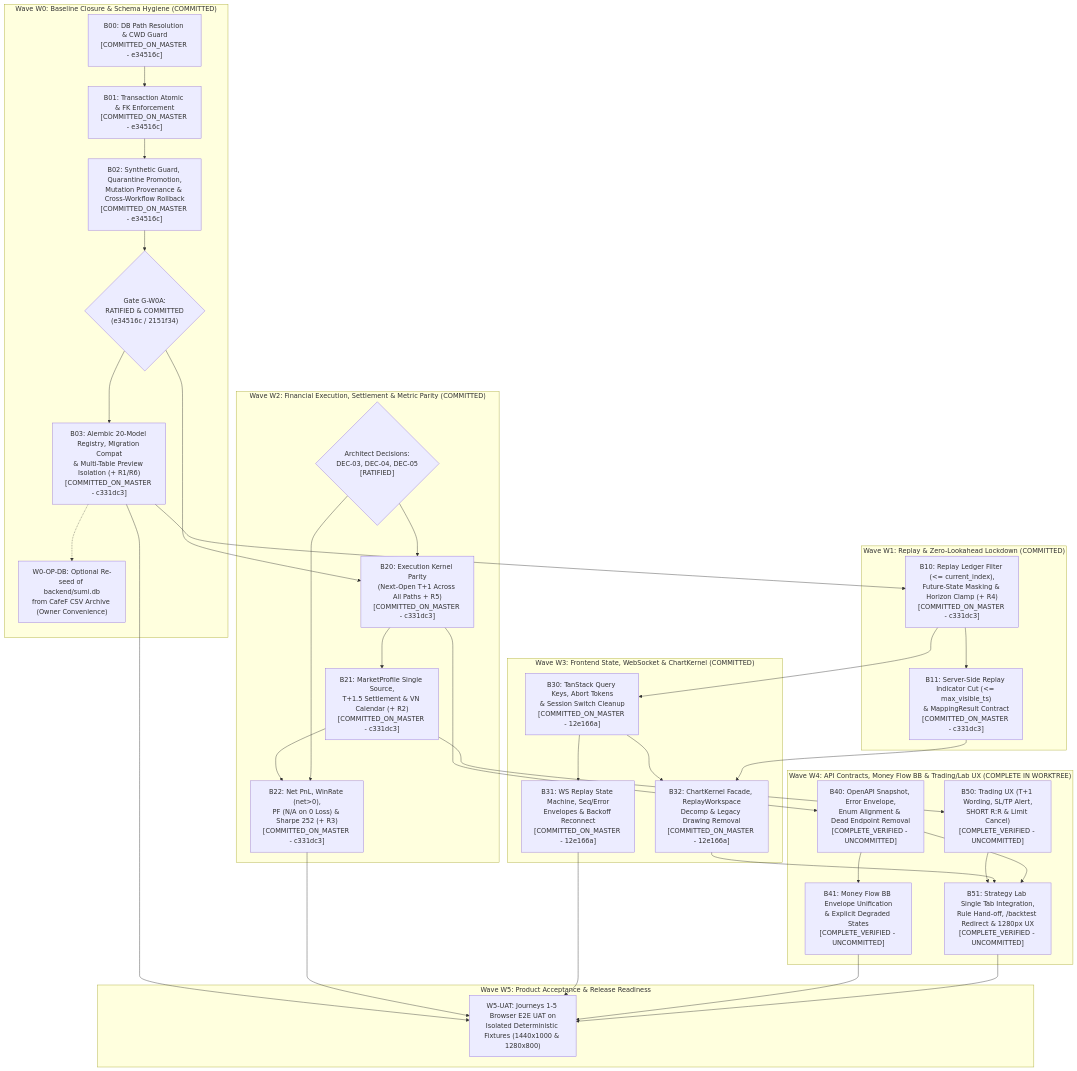
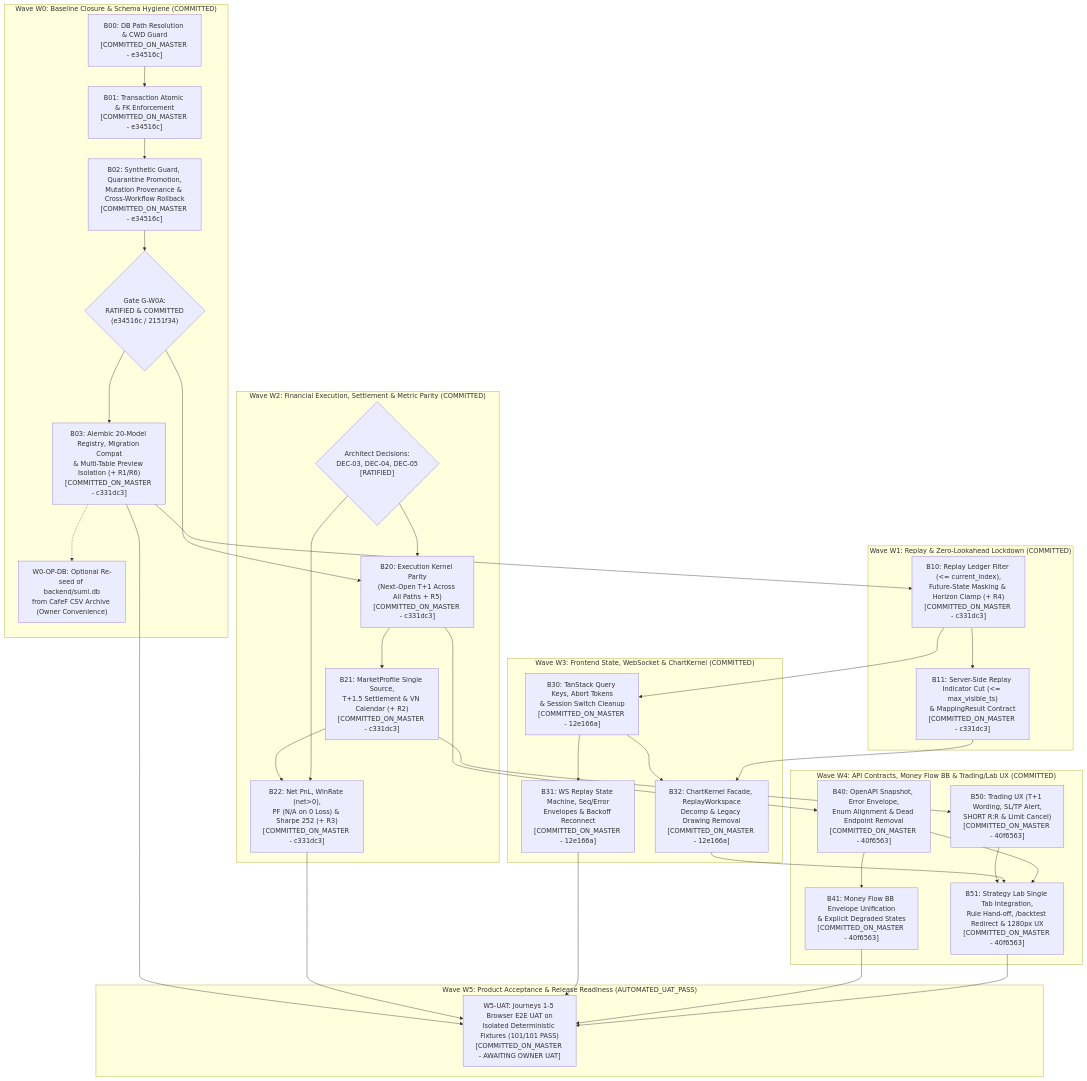
The diagram in docs/plans/product-completion/SUMI_V3_BATCH_DEPENDENCY_AND_STATUS_PROPOSED.md (lasfong/sumi), drawn with Mermaid before and after one commit. The commit also changed other lines of this file and 13 other files, not shown here.

Commit message:
fix(v3): complete W5 product UAT remediation and governance records

````diff
--- a/docs/plans/product-completion/SUMI_V3_BATCH_DEPENDENCY_AND_STATUS_PROPOSED.md
+++ b/docs/plans/product-completion/SUMI_V3_BATCH_DEPENDENCY_AND_STATUS_PROPOSED.md
@@ -57,59 +57,59 @@
 ```mermaid
 flowchart TD
     subgraph W0["Wave W0: Baseline Closure & Schema Hygiene (COMMITTED)"]
         B00["B00: DB Path Resolution & CWD Guard<br/>[COMMITTED_ON_MASTER - e34516c]"]
         B01["B01: Transaction Atomic & FK Enforcement<br/>[COMMITTED_ON_MASTER - e34516c]"]
         B02["B02: Synthetic Guard, Quarantine Promotion,<br/>Mutation Provenance & Cross-Workflow Rollback<br/>[COMMITTED_ON_MASTER - e34516c]"]
         GW0A{"Gate G-W0A:<br/>RATIFIED & COMMITTED<br/>(e34516c / 2151f34)"}
         B03["B03: Alembic 20-Model Registry, Migration Compat<br/>& Multi-Table Preview Isolation (+ R1/R6)<br/>[COMMITTED_ON_MASTER - c331dc3]"]
         OPDB["W0-OP-DB: Optional Re-seed of backend/sumi.db<br/>from CafeF CSV Archive (Owner Convenience)"]
     end
 
     subgraph W1["Wave W1: Replay & Zero-Lookahead Lockdown (COMMITTED)"]
         B10["B10: Replay Ledger Filter (<= current_index),<br/>Future-State Masking & Horizon Clamp (+ R4)<br/>[COMMITTED_ON_MASTER - c331dc3]"]
         B11["B11: Server-Side Replay Indicator Cut (<= max_visible_ts)<br/>& MappingResult Contract<br/>[COMMITTED_ON_MASTER - c331dc3]"]
     end
 
     subgraph W2["Wave W2: Financial Execution, Settlement & Metric Parity (COMMITTED)"]
         GDEC{"Architect Decisions:<br/>DEC-03, DEC-04, DEC-05<br/>[RATIFIED]"}
         B20["B20: Execution Kernel Parity<br/>(Next-Open T+1 Across All Paths + R5)<br/>[COMMITTED_ON_MASTER - c331dc3]"]
         B21["B21: MarketProfile Single Source,<br/>T+1.5 Settlement & VN Calendar (+ R2)<br/>[COMMITTED_ON_MASTER - c331dc3]"]
         B22["B22: Net PnL, WinRate (net>0),<br/>PF (N/A on 0 Loss) & Sharpe 252 (+ R3)<br/>[COMMITTED_ON_MASTER - c331dc3]"]
     end
 
     subgraph W3["Wave W3: Frontend State, WebSocket & ChartKernel (COMMITTED)"]
         B30["B30: TanStack Query Keys, Abort Tokens<br/>& Session Switch Cleanup<br/>[COMMITTED_ON_MASTER - 12e166a]"]
         B31["B31: WS Replay State Machine, Seq/Error<br/>Envelopes & Backoff Reconnect<br/>[COMMITTED_ON_MASTER - 12e166a]"]
         B32["B32: ChartKernel Facade, ReplayWorkspace<br/>Decomp & Legacy Drawing Removal<br/>[COMMITTED_ON_MASTER - 12e166a]"]
     end
 
-    subgraph W4["Wave W4: API Contracts, Money Flow BB & Trading/Lab UX (COMPLETE IN WORKTREE)"]
-        B40["B40: OpenAPI Snapshot, Error Envelope,<br/>Enum Alignment & Dead Endpoint Removal<br/>[COMPLETE_VERIFIED - UNCOMMITTED]"]
-        B41["B41: Money Flow BB Envelope Unification<br/>& Explicit Degraded States<br/>[COMPLETE_VERIFIED - UNCOMMITTED]"]
-        B50["B50: Trading UX (T+1 Wording, SL/TP Alert,<br/>SHORT R:R & Limit Cancel)<br/>[COMPLETE_VERIFIED - UNCOMMITTED]"]
-        B51["B51: Strategy Lab Single Tab Integration,<br/>Rule Hand-off, /backtest Redirect & 1280px UX<br/>[COMPLETE_VERIFIED - UNCOMMITTED]"]
+    subgraph W4["Wave W4: API Contracts, Money Flow BB & Trading/Lab UX (COMMITTED)"]
+        B40["B40: OpenAPI Snapshot, Error Envelope,<br/>Enum Alignment & Dead Endpoint Removal<br/>[COMMITTED_ON_MASTER - 40f6563]"]
+        B41["B41: Money Flow BB Envelope Unification<br/>& Explicit Degraded States<br/>[COMMITTED_ON_MASTER - 40f6563]"]
+        B50["B50: Trading UX (T+1 Wording, SL/TP Alert,<br/>SHORT R:R & Limit Cancel)<br/>[COMMITTED_ON_MASTER - 40f6563]"]
+        B51["B51: Strategy Lab Single Tab Integration,<br/>Rule Hand-off, /backtest Redirect & 1280px UX<br/>[COMMITTED_ON_MASTER - 40f6563]"]
     end
 
-    subgraph W5["Wave W5: Product Acceptance & Release Readiness"]
-        UAT["W5-UAT: Journeys 1-5 Browser E2E UAT on<br/>Isolated Deterministic Fixtures (1440x1000 & 1280x800)"]
+    subgraph W5["Wave W5: Product Acceptance & Release Readiness (AUTOMATED_UAT_PASS)"]
+        UAT["W5-UAT: Journeys 1-5 Browser E2E UAT on<br/>Isolated Deterministic Fixtures (101/101 PASS)<br/>[COMMITTED_ON_MASTER - AWAITING OWNER UAT]"]
     end
 
     B00 --> B01 --> B02 --> GW0A
     GW0A --> B03 --> B10 --> B11
     B03 -.-> OPDB
     GW0A --> B20
     GDEC --> B20 --> B21 --> B22
     GDEC --> B22
     B10 --> B30 --> B31
     B30 --> B32
     B11 --> B32
     B20 --> B40 --> B41
     B21 --> B50 --> B51
     B32 --> B51
     B40 --> B51
     B03 --> UAT
     B22 --> UAT
     B31 --> UAT
     B41 --> UAT
     B51 --> UAT
 ```
````
